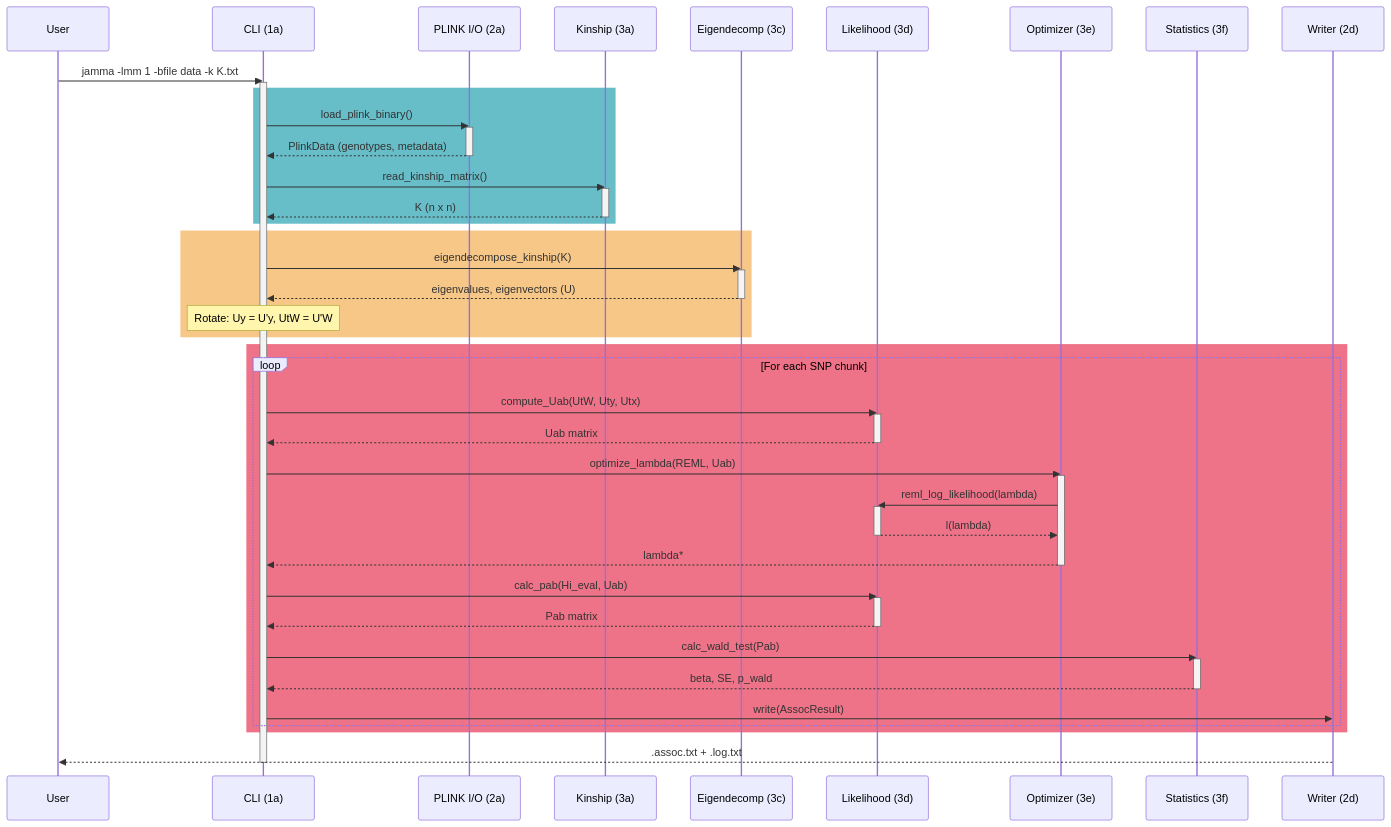
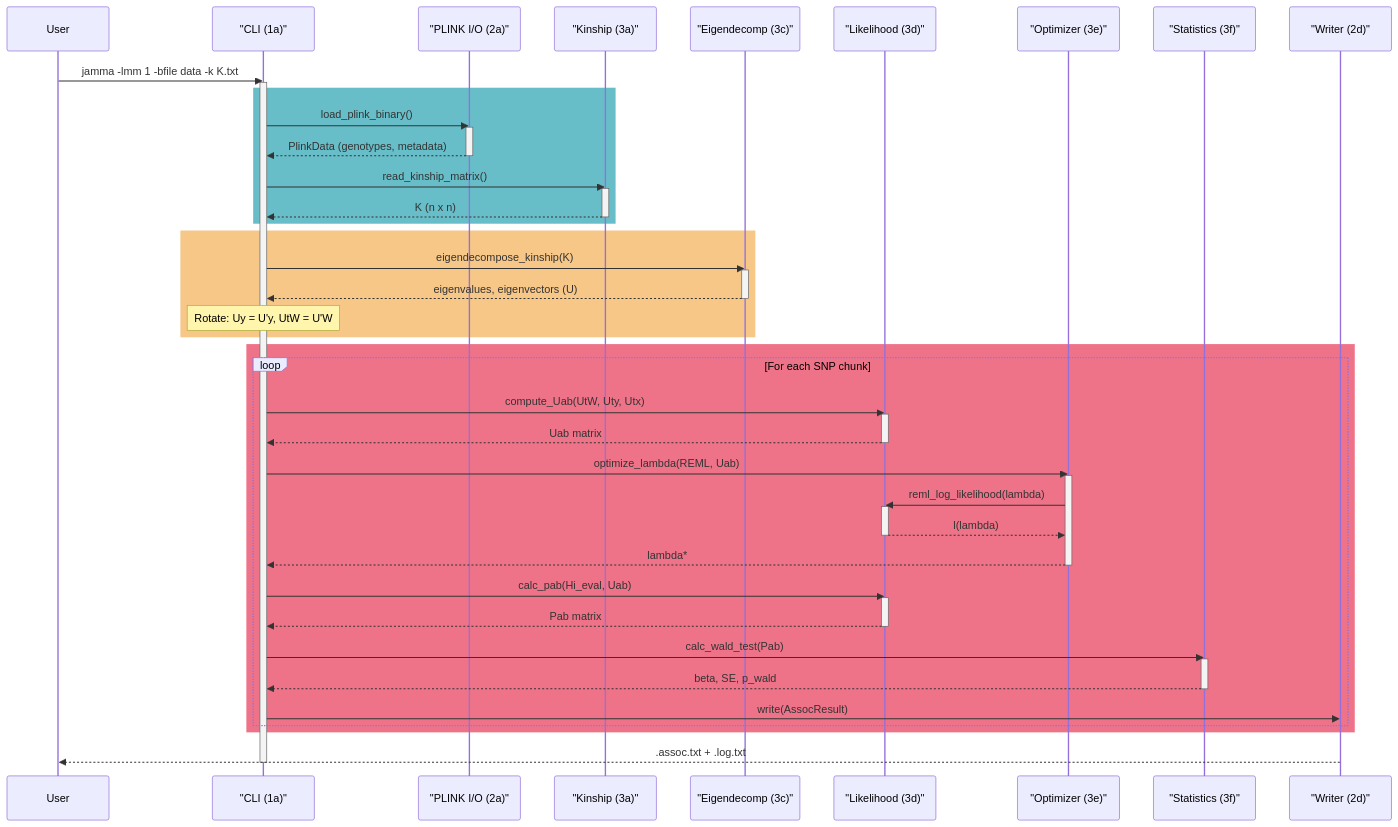
The second of 5 diagrams in docs/CODEMAP.md (michael-denyer/jamma), drawn with Mermaid before and after one commit. The commit also changed other lines of this file and 27 other files, not shown here.

First line of the commit message:
chore: expand lint/CI coverage — markdown, spell, mermaid, symlinks, osv cron

````diff
--- a/docs/CODEMAP.md
+++ b/docs/CODEMAP.md
@@ -320,63 +320,63 @@
 ```mermaid
 sequenceDiagram
     participant U as User
-    participant CLI as CLI (1a)
-    participant IO as PLINK I/O (2a)
-    participant K as Kinship (3a)
-    participant E as Eigendecomp (3c)
-    participant L as Likelihood (3d)
-    participant O as Optimizer (3e)
-    participant S as Statistics (3f)
-    participant W as Writer (2d)
+    participant CLI as "CLI (1a)"
+    participant IO as "PLINK I/O (2a)"
+    participant K as "Kinship (3a)"
+    participant E as "Eigendecomp (3c)"
+    participant L as "Likelihood (3d)"
+    participant O as "Optimizer (3e)"
+    participant S as "Statistics (3f)"
+    participant W as "Writer (2d)"
 
     U->>CLI: jamma -lmm 1 -bfile data -k K.txt
     activate CLI
 
     rect rgba(53, 168, 182, 0.75)
         CLI->>IO: load_plink_binary()
         activate IO
         IO-->>CLI: PlinkData (genotypes, metadata)
         deactivate IO
         CLI->>K: read_kinship_matrix()
         activate K
         K-->>CLI: K (n x n)
         deactivate K
     end
 
     rect rgba(245, 180, 97, 0.75)
         CLI->>E: eigendecompose_kinship(K)
         activate E
         E-->>CLI: eigenvalues, eigenvectors (U)
         deactivate E
         Note over CLI: Rotate: Uy = U'y, UtW = U'W
     end
 
     rect rgba(233, 69, 96, 0.75)
         loop For each SNP chunk
             CLI->>L: compute_Uab(UtW, Uty, Utx)
             activate L
             L-->>CLI: Uab matrix
             deactivate L
             CLI->>O: optimize_lambda(REML, Uab)
             activate O
             O->>L: reml_log_likelihood(lambda)
             activate L
             L-->>O: l(lambda)
             deactivate L
             O-->>CLI: lambda*
             deactivate O
             CLI->>L: calc_pab(Hi_eval, Uab)
             activate L
             L-->>CLI: Pab matrix
             deactivate L
             CLI->>S: calc_wald_test(Pab)
             activate S
             S-->>CLI: beta, SE, p_wald
             deactivate S
             CLI->>W: write(AssocResult)
         end
     end
 
     W-->>U: .assoc.txt + .log.txt
     deactivate CLI
 ```
````
